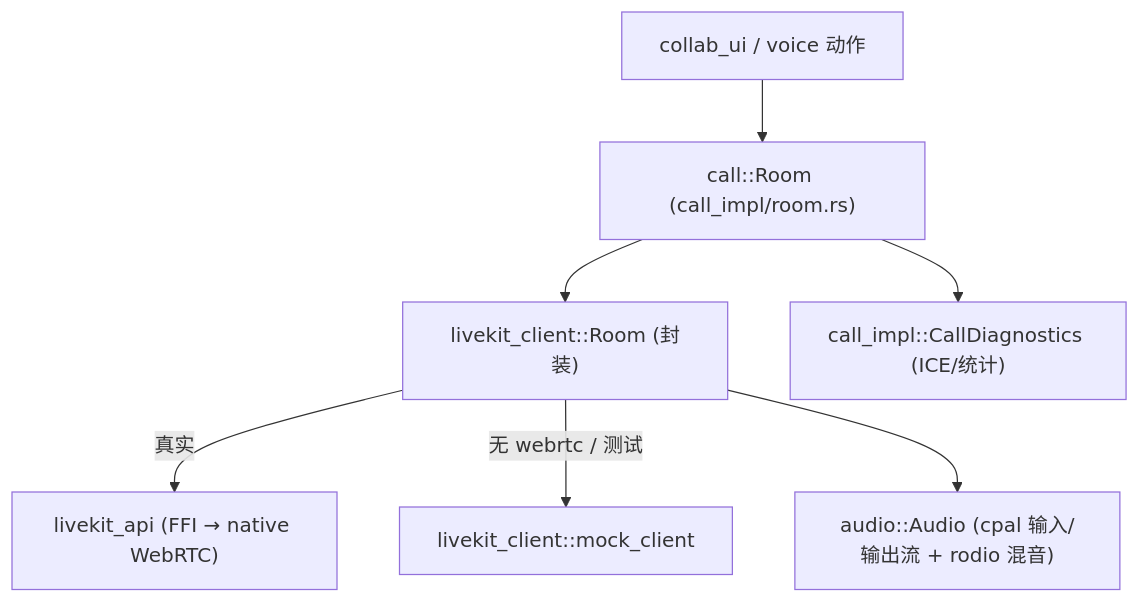
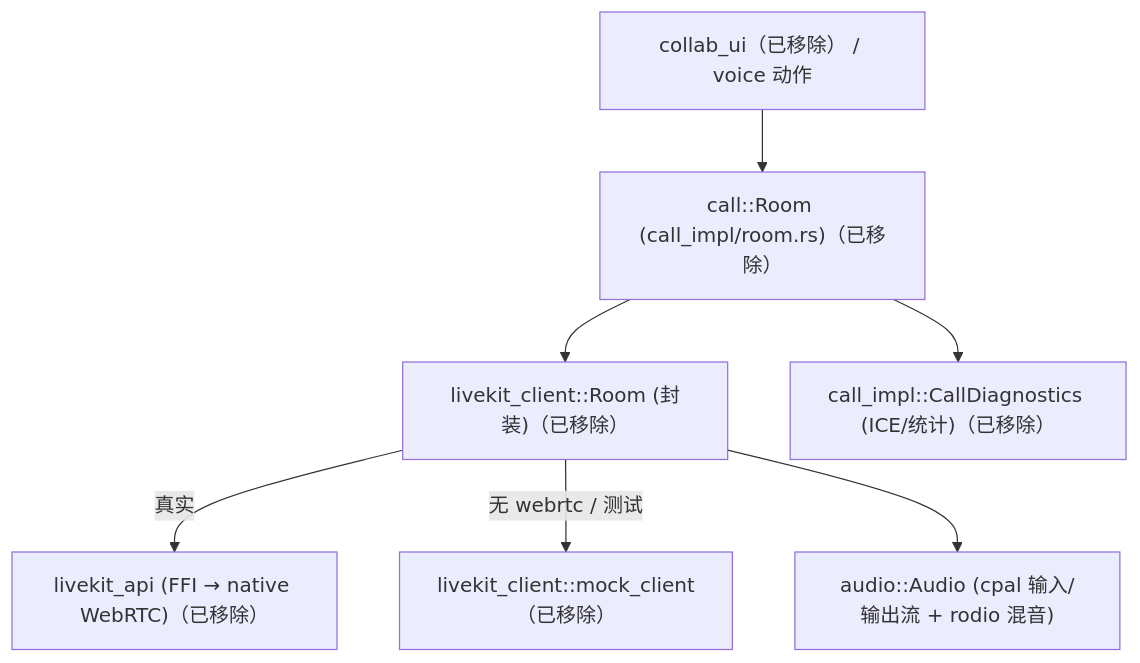
Before and after one commit to rzhangjing/zed: the first of 2 diagrams in wiki/Call-and-Voice-Deep-Dive.md, drawn with Mermaid. The commit also changed other lines of this file and 50 other files, not shown here.

````diff
--- a/wiki/Call-and-Voice-Deep-Dive.md
+++ b/wiki/Call-and-Voice-Deep-Dive.md
@@ -9,9 +11,9 @@
 ```mermaid
 graph TB
-    UI[collab_ui / voice 动作] --> CALL["call::Room (call_impl/room.rs)"]
-    CALL --> LKC["livekit_client::Room (封装)"]
-    LKC -->|真实| LKAPI["livekit_api (FFI → native WebRTC)"]
-    LKC -->|无 webrtc / 测试| MOCK["livekit_client::mock_client"]
+    UI["collab_ui（已移除） / voice 动作"] --> CALL["call::Room (call_impl/room.rs)（已移除）"]
+    CALL --> LKC["livekit_client::Room (封装)（已移除）"]
+    LKC -->|真实| LKAPI["livekit_api (FFI → native WebRTC)（已移除）"]
+    LKC -->|无 webrtc / 测试| MOCK["livekit_client::mock_client（已移除）"]
     LKC --> AUD["audio::Audio (cpal 输入/输出流 + rodio 混音)"]
-    CALL --> DIAG["call_impl::CallDiagnostics (ICE/统计)"]
+    CALL --> DIAG["call_impl::CallDiagnostics (ICE/统计)（已移除）"]
 ```
````
